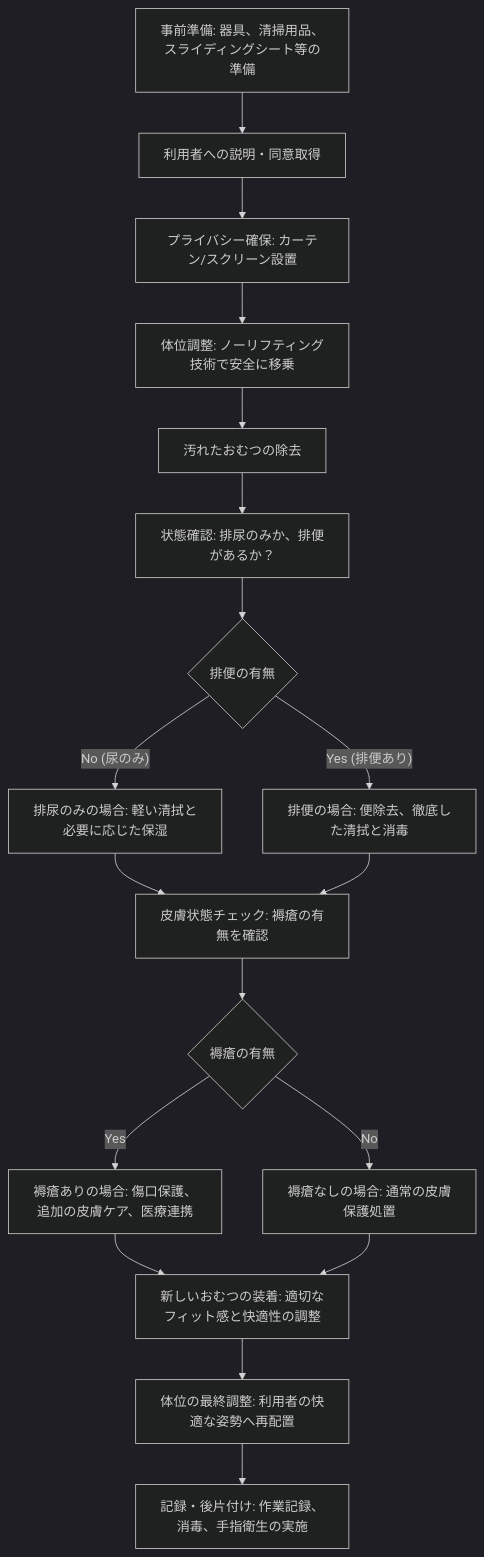
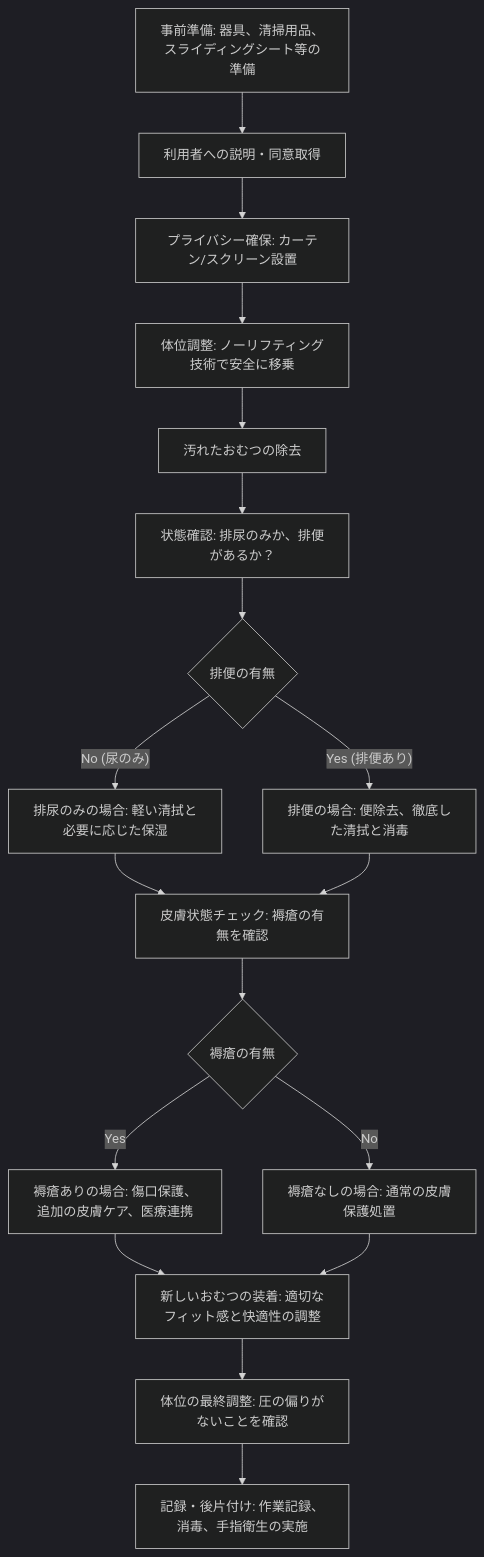
The diagram in diaper_facilites.md (dsotkazu/mermaid_practice), drawn with Mermaid (dark theme) before and after one commit.

````diff
--- a/diaper_facilites.md
+++ b/diaper_facilites.md
@@ -1,37 +1,37 @@
 ```mermaid
 graph TD;
     A[事前準備: 器具、清掃用品、スライディングシート等の準備]
     B[利用者への説明・同意取得]
     C[プライバシー確保: カーテン/スクリーン設置]
     D[体位調整: ノーリフティング技術で安全に移乗]
     E[汚れたおむつの除去]
     F[状態確認: 排尿のみか、排便があるか？]
     G{排便の有無}
     H[排尿のみの場合: 軽い清拭と必要に応じた保湿]
     I[排便の場合: 便除去、徹底した清拭と消毒]
     J[皮膚状態チェック: 褥瘡の有無を確認]
     K{褥瘡の有無}
     L[褥瘡ありの場合: 傷口保護、追加の皮膚ケア、医療連携]
     M[褥瘡なしの場合: 通常の皮膚保護処置]
     N[新しいおむつの装着: 適切なフィット感と快適性の調整]
-    O[体位の最終調整: 利用者の快適な姿勢へ再配置]
+    O[体位の最終調整: 圧の偏りがないことを確認]
     P[記録・後片付け: 作業記録、消毒、手指衛生の実施]
 
     A --> B
     B --> C
     C --> D
     D --> E
     E --> F
     F --> G
     G -- No (尿のみ) --> H
     G -- Yes (排便あり) --> I
     H --> J
     I --> J
     J --> K
     K -- Yes --> L
     K -- No --> M
     L --> N
     M --> N
     N --> O
     O --> P
 ```
````
